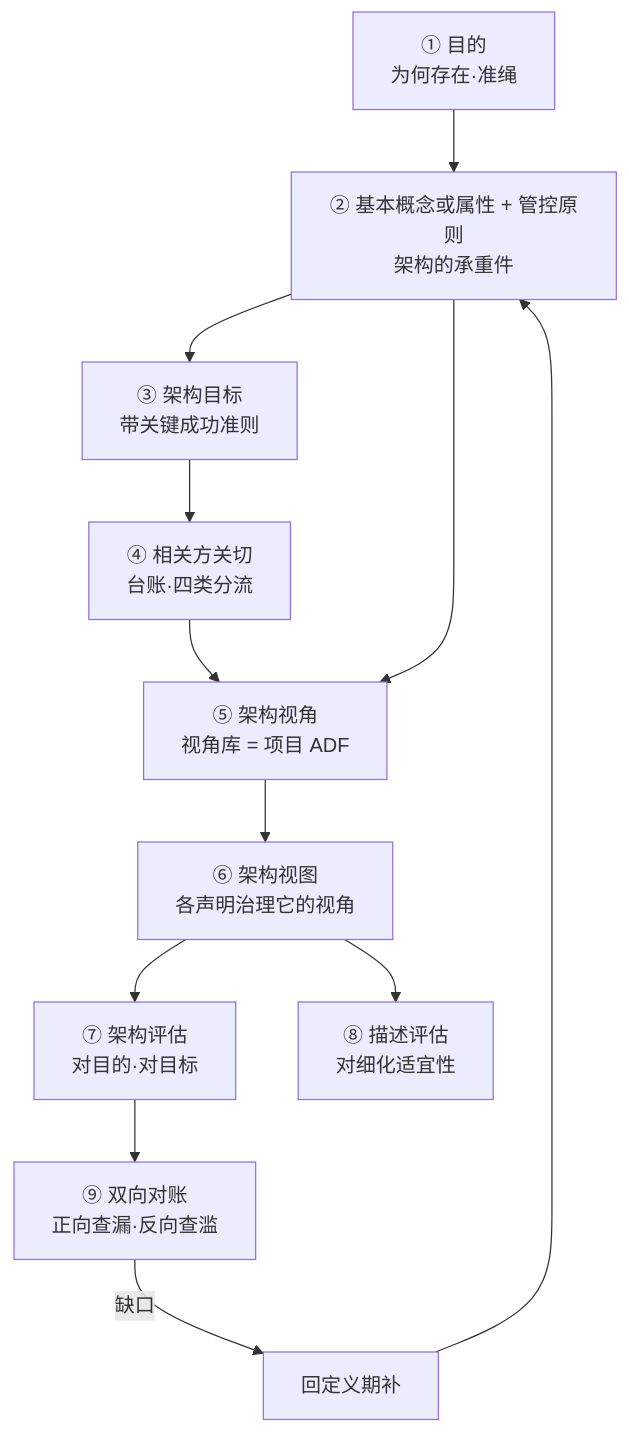
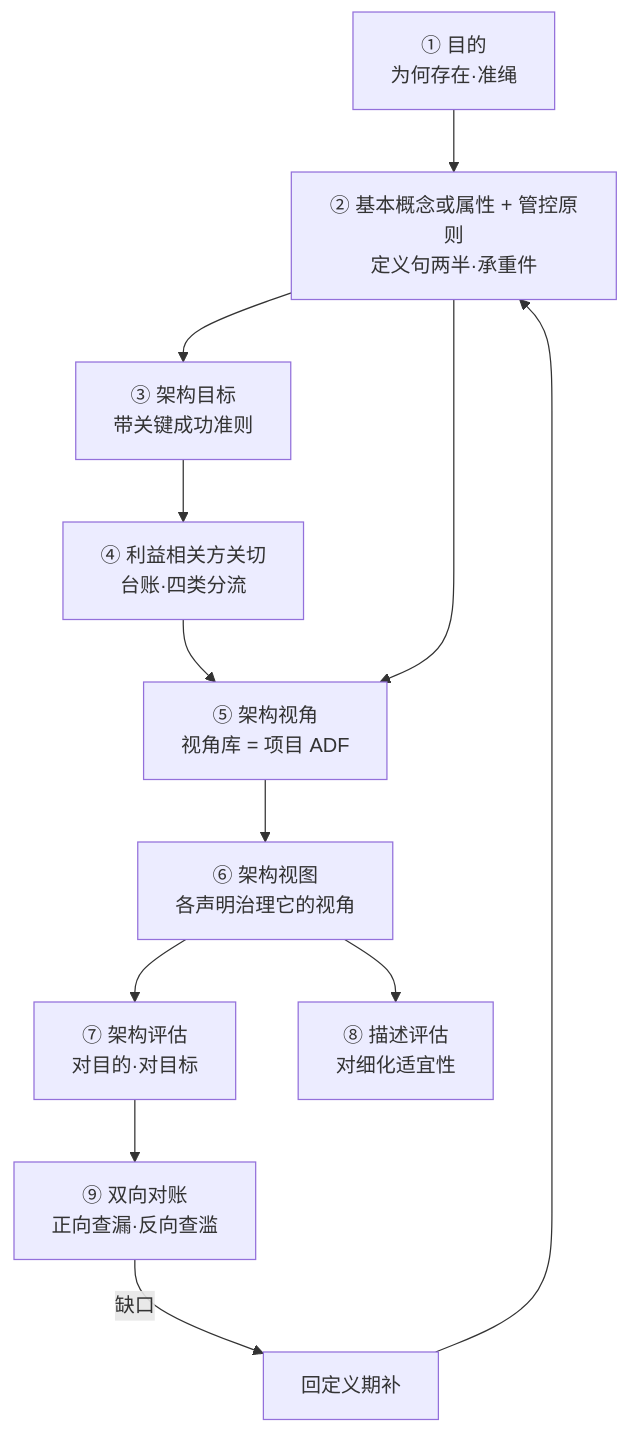
Before and after one commit to Yongjunzhou/AOS-system-design: the diagram in 100-subprojects/01-系统工程研究/03-架构师是个怎样的物种/成书/build/.mmd/ch15-fig01.mmd, drawn with Mermaid. The commit also changed 177 other files, not shown here.

```diff
--- a/100-subprojects/01-系统工程研究/03-架构师是个怎样的物种/成书/build/.mmd/ch15-fig01.mmd
+++ b/100-subprojects/01-系统工程研究/03-架构师是个怎样的物种/成书/build/.mmd/ch15-fig01.mmd
@@ -1,12 +1,12 @@
 flowchart TD
-    P["① 目的<br/>为何存在·准绳"] --> D["② 基本概念或属性 + 管控原则<br/>架构的承重件"]
+    P["① 目的<br/>为何存在·准绳"] --> D["② 基本概念或属性 + 管控原则<br/>定义句两半·承重件"]
     D --> O["③ 架构目标<br/>带关键成功准则"]
-    O --> C["④ 相关方关切<br/>台账·四类分流"]
+    O --> C["④ 利益相关方关切<br/>台账·四类分流"]
     C --> VP["⑤ 架构视角<br/>视角库 = 项目 ADF"]
     D --> VP
     VP --> V["⑥ 架构视图<br/>各声明治理它的视角"]
     V --> EV["⑦ 架构评估<br/>对目的·对目标"]
     V --> EV2["⑧ 描述评估<br/>对细化适宜性"]
     EV --> CK["⑨ 双向对账<br/>正向查漏·反向查滥"]
     CK -->|"缺口"| FIX["回定义期补"]
     FIX --> D
```
